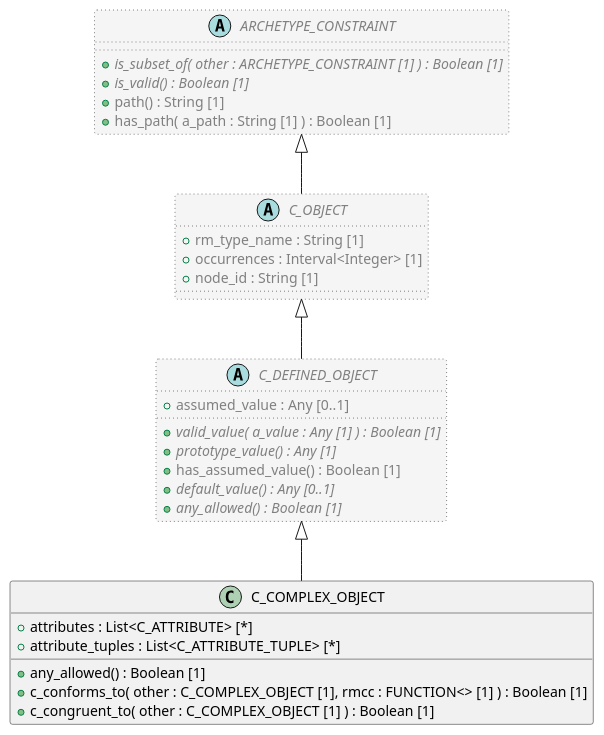
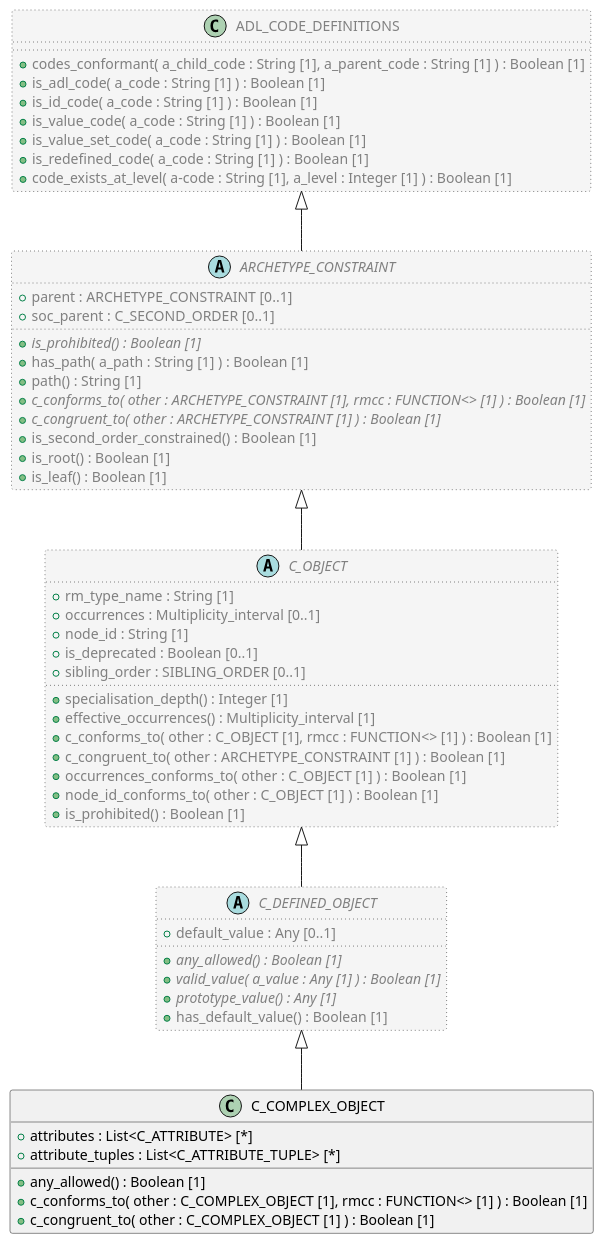
The diagram in code/Adoc/openehr_am_2.3.0/plantUML/classes/org.openehr.am.aom2.c_complex_object.adoc (sebastian-iancu/code-generator), drawn with PlantUML before and after one commit. The commit also changed 719 other files, not shown here.

```diff
--- a/code/Adoc/openehr_am_2.3.0/plantUML/classes/org.openehr.am.aom2.c_complex_object.adoc
+++ b/code/Adoc/openehr_am_2.3.0/plantUML/classes/org.openehr.am.aom2.c_complex_object.adoc
@@ -1,43 +1,69 @@
 [plantuml,C_COMPLEX_OBJECT,format=svg,svg-type="inline"]
 -----
 @startuml
 
 class C_COMPLEX_OBJECT {
   + attributes : List<C_ATTRIBUTE> [*]
   + attribute_tuples : List<C_ATTRIBUTE_TUPLE> [*]
   + any_allowed() : Boolean [1]
   + c_conforms_to( other : C_COMPLEX_OBJECT [1], rmcc : FUNCTION<> [1] ) : Boolean [1]
   + c_congruent_to( other : C_COMPLEX_OBJECT [1] ) : Boolean [1]
 }
 
 abstract class C_DEFINED_OBJECT  #whitesmoke;line:gray;line.dotted;text:gray {
-  + assumed_value : Any [0..1]
+  + default_value : Any [0..1]
+  + {abstract} any_allowed() : Boolean [1]
   + {abstract} valid_value( a_value : Any [1] ) : Boolean [1]
   + {abstract} prototype_value() : Any [1]
-  + has_assumed_value() : Boolean [1]
-  + {abstract} default_value() : Any [0..1]
-  + {abstract} any_allowed() : Boolean [1]
+  + has_default_value() : Boolean [1]
 }
 
 abstract class C_OBJECT  #whitesmoke;line:gray;line.dotted;text:gray {
   + rm_type_name : String [1]
-  + occurrences : Interval<Integer> [1]
+  + occurrences : Multiplicity_interval [0..1]
   + node_id : String [1]
+  + is_deprecated : Boolean [0..1]
+  + sibling_order : SIBLING_ORDER [0..1]
+  + specialisation_depth() : Integer [1]
+  + effective_occurrences() : Multiplicity_interval [1]
+  + c_conforms_to( other : C_OBJECT [1], rmcc : FUNCTION<> [1] ) : Boolean [1]
+  + c_congruent_to( other : ARCHETYPE_CONSTRAINT [1] ) : Boolean [1]
+  + occurrences_conforms_to( other : C_OBJECT [1] ) : Boolean [1]
+  + node_id_conforms_to( other : C_OBJECT [1] ) : Boolean [1]
+  + is_prohibited() : Boolean [1]
 }
 
 abstract class ARCHETYPE_CONSTRAINT  #whitesmoke;line:gray;line.dotted;text:gray {
-  + {abstract} is_subset_of( other : ARCHETYPE_CONSTRAINT [1] ) : Boolean [1]
-  + {abstract} is_valid() : Boolean [1]
+  + parent : ARCHETYPE_CONSTRAINT [0..1]
+  + soc_parent : C_SECOND_ORDER [0..1]
+  + {abstract} is_prohibited() : Boolean [1]
+  + has_path( a_path : String [1] ) : Boolean [1]
   + path() : String [1]
-  + has_path( a_path : String [1] ) : Boolean [1]
+  + {abstract} c_conforms_to( other : ARCHETYPE_CONSTRAINT [1], rmcc : FUNCTION<> [1] ) : Boolean [1]
+  + {abstract} c_congruent_to( other : ARCHETYPE_CONSTRAINT [1] ) : Boolean [1]
+  + is_second_order_constrained() : Boolean [1]
+  + is_root() : Boolean [1]
+  + is_leaf() : Boolean [1]
 }
+
+class ADL_CODE_DEFINITIONS  #whitesmoke;line:gray;line.dotted;text:gray {
+  + codes_conformant( a_child_code : String [1], a_parent_code : String [1] ) : Boolean [1]
+  + is_adl_code( a_code : String [1] ) : Boolean [1]
+  + is_id_code( a_code : String [1] ) : Boolean [1]
+  + is_value_code( a_code : String [1] ) : Boolean [1]
+  + is_value_set_code( a_code : String [1] ) : Boolean [1]
+  + is_redefined_code( a_code : String [1] ) : Boolean [1]
+  + code_exists_at_level( a-code : String [1], a_level : Integer [1] ) : Boolean [1]
+}
+
+ADL_CODE_DEFINITIONS <|-- ARCHETYPE_CONSTRAINT
 
 ARCHETYPE_CONSTRAINT <|-- C_OBJECT
 
 C_OBJECT <|-- C_DEFINED_OBJECT
 
 C_DEFINED_OBJECT <|-- C_COMPLEX_OBJECT
 
 
 @enduml
 -----
```
